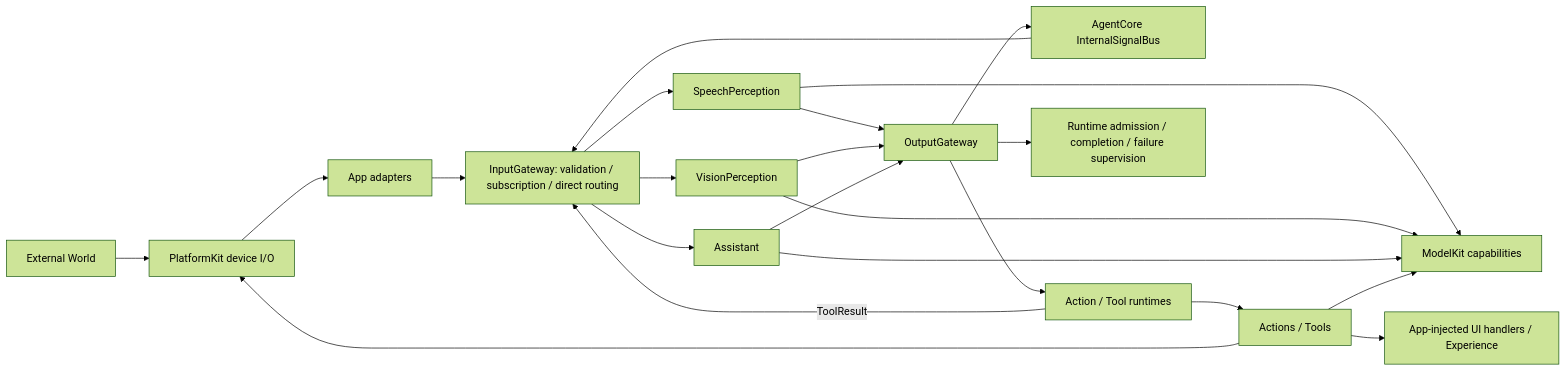
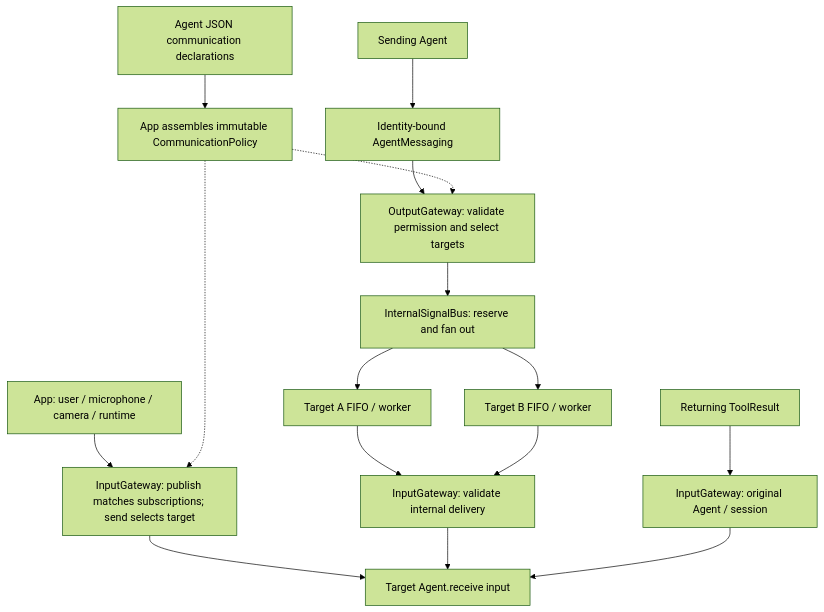
Before and after one commit to devilyouwei/MobileHarness: the third of 5 diagrams in MobileHarness/README.md, drawn with Mermaid (forest theme). The commit also changed other lines of this file and 53 other files, not shown here.

````diff
--- a/MobileHarness/README.md
+++ b/MobileHarness/README.md
@@ -31,24 +351,18 @@
 ```mermaid
-flowchart LR
-    WORLD[External World] --> PLATFORM[PlatformKit device I/O]
-    PLATFORM --> APP[App adapters]
-    APP --> IG[InputGateway: validation / subscription / direct routing]
-    IG --> SP[SpeechPerception]
-    IG --> VP[VisionPerception]
-    IG --> A[Assistant]
-    SP --> M[ModelKit capabilities]
-    VP --> M
-    A --> M
-    SP --> OG[OutputGateway]
-    VP --> OG
-    A --> OG
-    OG --> BUS[AgentCore InternalSignalBus]
-    BUS --> IG
-    OG --> EX[Action / Tool runtimes]
-    EX --> ACTIONS[Actions / Tools]
-    ACTIONS --> M
-    ACTIONS --> PLATFORM
-    EX -->|ToolResult| IG
-    ACTIONS --> UI[App-injected UI handlers / Experience]
-    OG --> Runtime[Runtime admission / completion / failure supervision]
+flowchart TD
+    Config[Agent JSON communication declarations] --> Policy[App assembles immutable CommunicationPolicy]
+    External[App: user / microphone / camera / runtime] --> ExternalRoute[InputGateway: publish matches subscriptions; send selects target]
+    Policy -.-> ExternalRoute
+    Sender[Sending Agent] --> Port[Identity-bound AgentMessaging]
+    Port --> Output[OutputGateway: validate permission and select targets]
+    Policy -.-> Output
+    Output --> Bus[InternalSignalBus: reserve and fan out]
+    Bus --> LaneA[Target A FIFO / worker]
+    Bus --> LaneB[Target B FIFO / worker]
+    LaneA --> Internal[InputGateway: validate internal delivery]
+    LaneB --> Internal
+    Tool[Returning ToolResult] --> Directed[InputGateway: original Agent / session]
+    ExternalRoute --> Receive[Target Agent.receive input]
+    Internal --> Receive
+    Directed --> Receive
 ```
````
